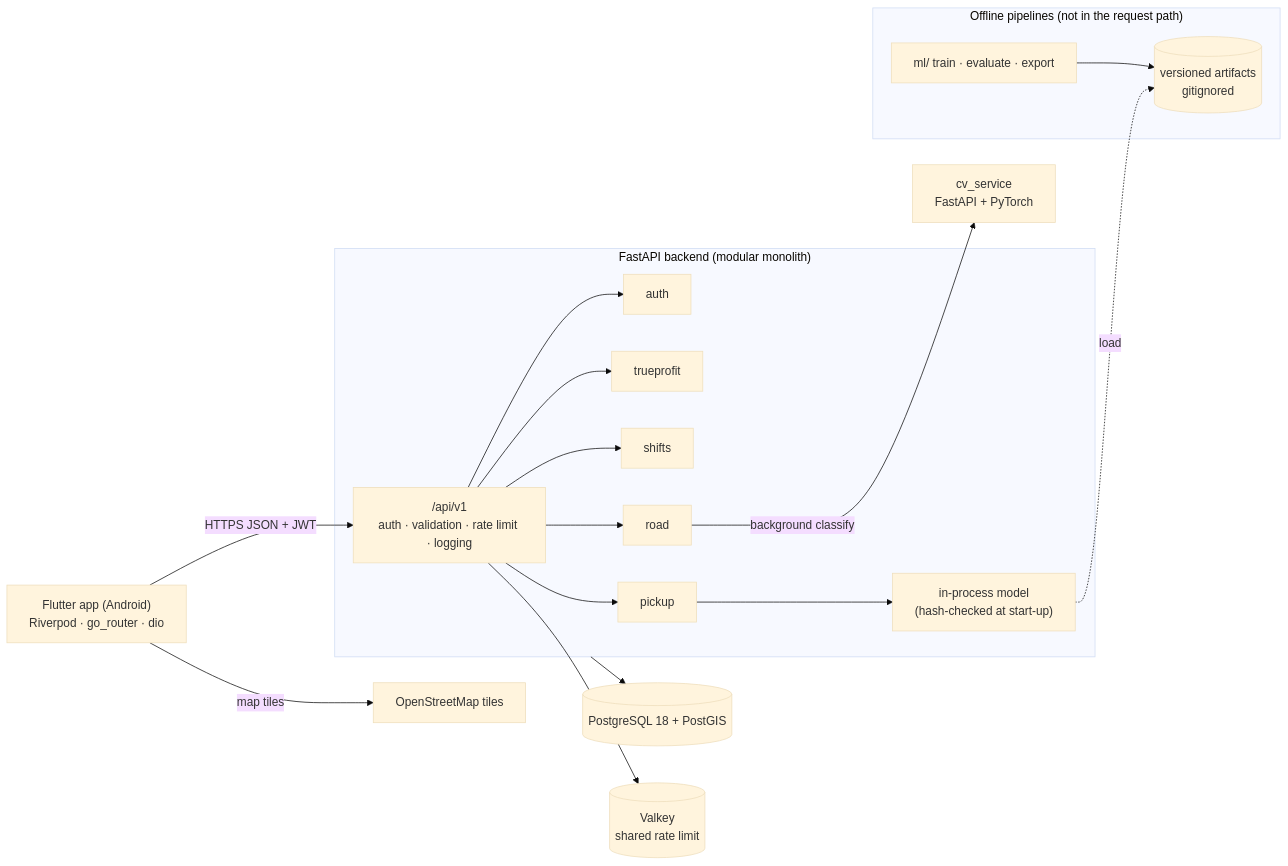
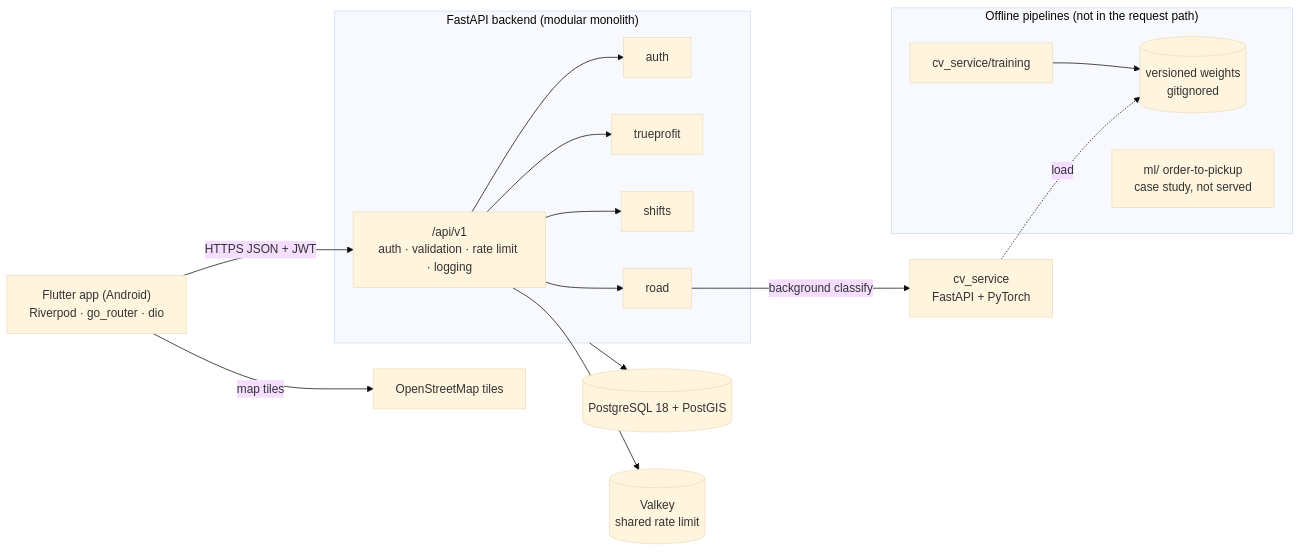
The diagram in README.md (Qcutedev/rideros-ai), drawn with Mermaid (base theme) before and after one commit. The commit also changed other lines of this file and 98 other files, not shown here.

First line of the commit message:
chore: remove Pickup Intelligence; Road gets its tab

````diff
--- a/README.md
+++ b/README.md
@@ -77,20 +76,20 @@
 ```mermaid
 flowchart LR
     APP["Flutter app (Android)<br/>Riverpod · go_router · dio"] -->|HTTPS JSON + JWT| API
     APP -->|map tiles| OSM["OpenStreetMap tiles"]
 
     subgraph Backend["FastAPI backend (modular monolith)"]
         API["/api/v1<br/>auth · validation · rate limit · logging"]
-        API --> AUTH[auth] & PROFIT[trueprofit] & SHIFT[shifts] & PICKUP[pickup] & ROAD[road]
-        PICKUP --> INF["in-process model<br/>(hash-checked at start-up)"]
+        API --> AUTH[auth] & PROFIT[trueprofit] & SHIFT[shifts] & ROAD[road]
     end
 
     Backend --> DB[("PostgreSQL 18 + PostGIS")]
     API --> RL[("Valkey<br/>shared rate limit")]
     ROAD -->|background classify| CV["cv_service<br/>FastAPI + PyTorch"]
 
     subgraph Offline["Offline pipelines (not in the request path)"]
-        ML["ml/ train · evaluate · export"] --> ART[("versioned artifacts<br/>gitignored")]
+        CVT["cv_service/training"] --> ART[("versioned weights<br/>gitignored")]
+        ML["ml/ order-to-pickup<br/>case study, not served"]
     end
-    INF -.->|load| ART
+    CV -.->|load| ART
 ```
````
